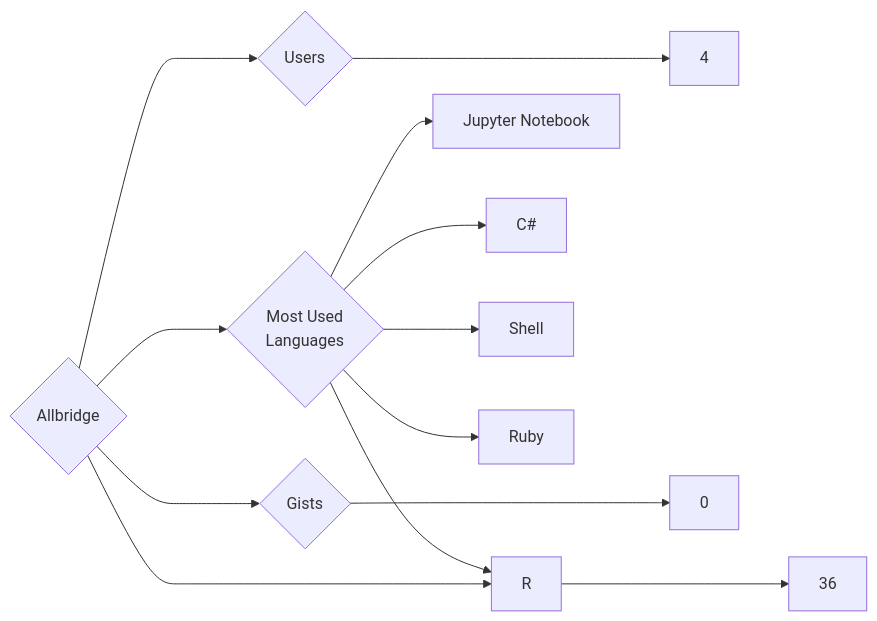
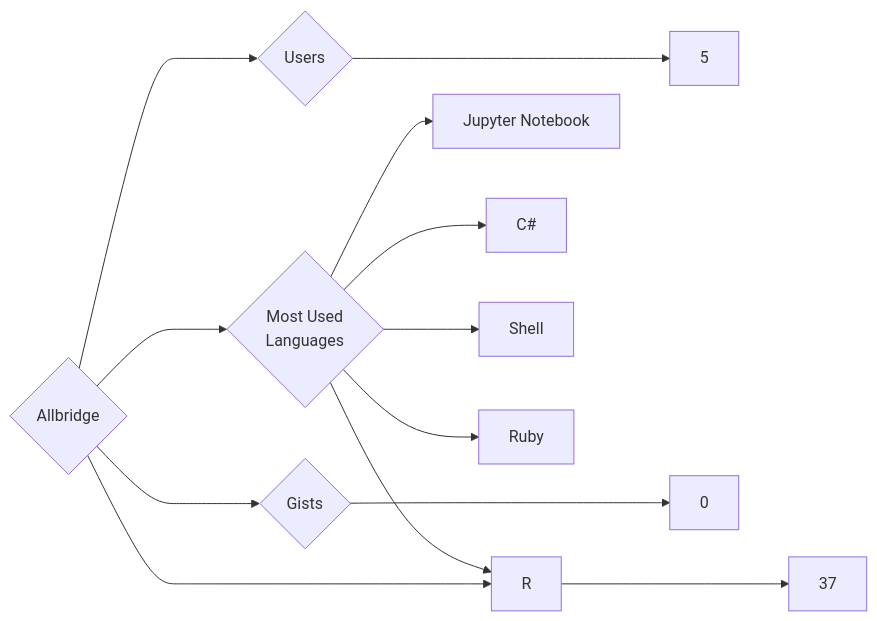
The diagram in targets/Allbridge/README.md (trickest/insiders), drawn with Mermaid before and after one commit. The commit also changed 1120 other files, not shown here.

````diff
--- a/targets/Allbridge/README.md
+++ b/targets/Allbridge/README.md
@@ -3,13 +3,13 @@
 ```mermaid
 graph LR
 COMPANY_NAME{Allbridge}
-COMPANY_NAME ---> U{Users} ---> UN[4]
-COMPANY_NAME ---> R{Repositories} ---> RN[36]
+COMPANY_NAME ---> U{Users} ---> UN[5]
+COMPANY_NAME ---> R{Repositories} ---> RN[37]
 COMPANY_NAME ---> G{Gists} ---> GN[0]
 COMPANY_NAME ---> ML{Most Used<br>Languages}
 ML --> Jupyter_Notebook[Jupyter Notebook]
 ML --> C#[C#]
 ML --> Shell[Shell]
 ML --> Ruby[Ruby]
 ML --> R[R]
 ```
````
